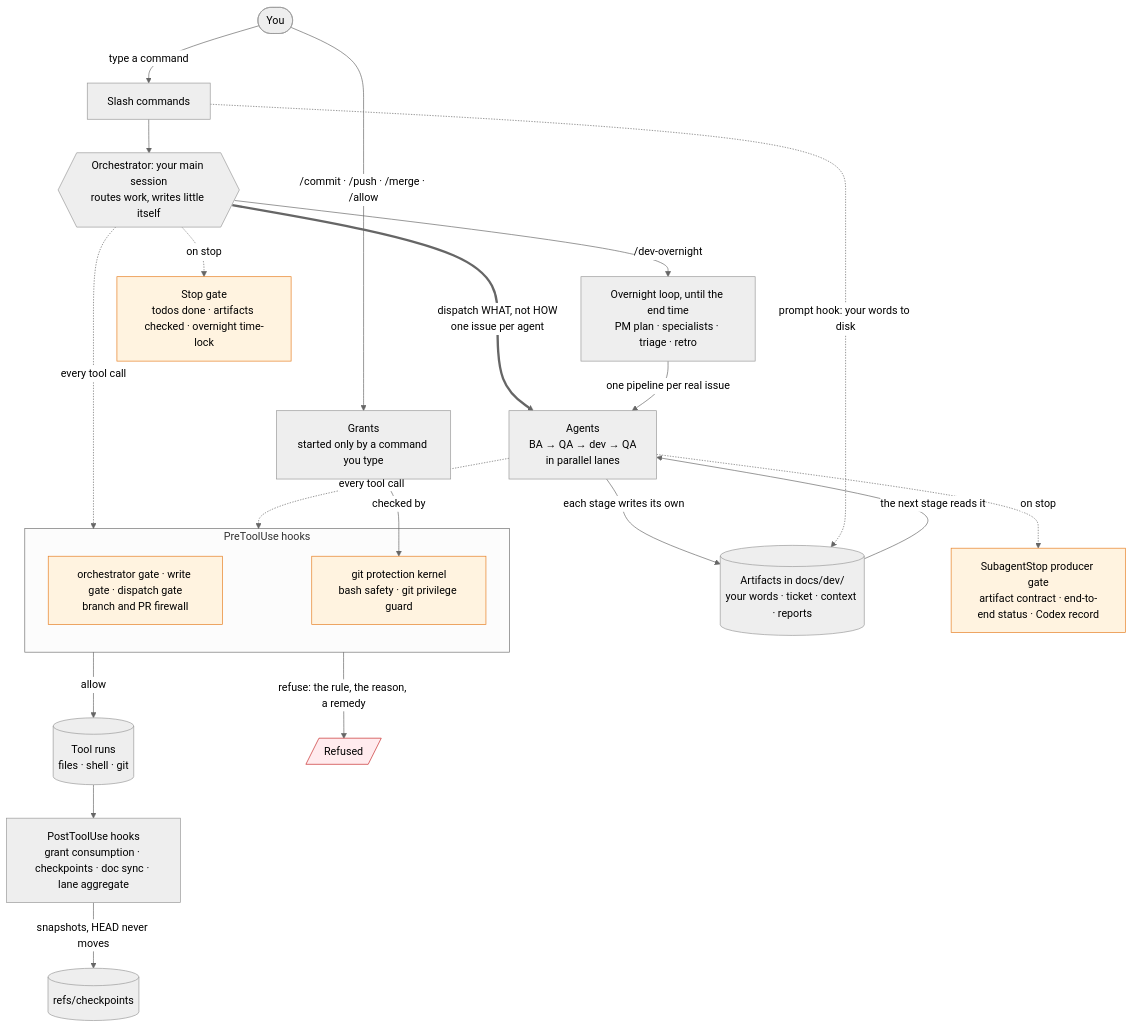
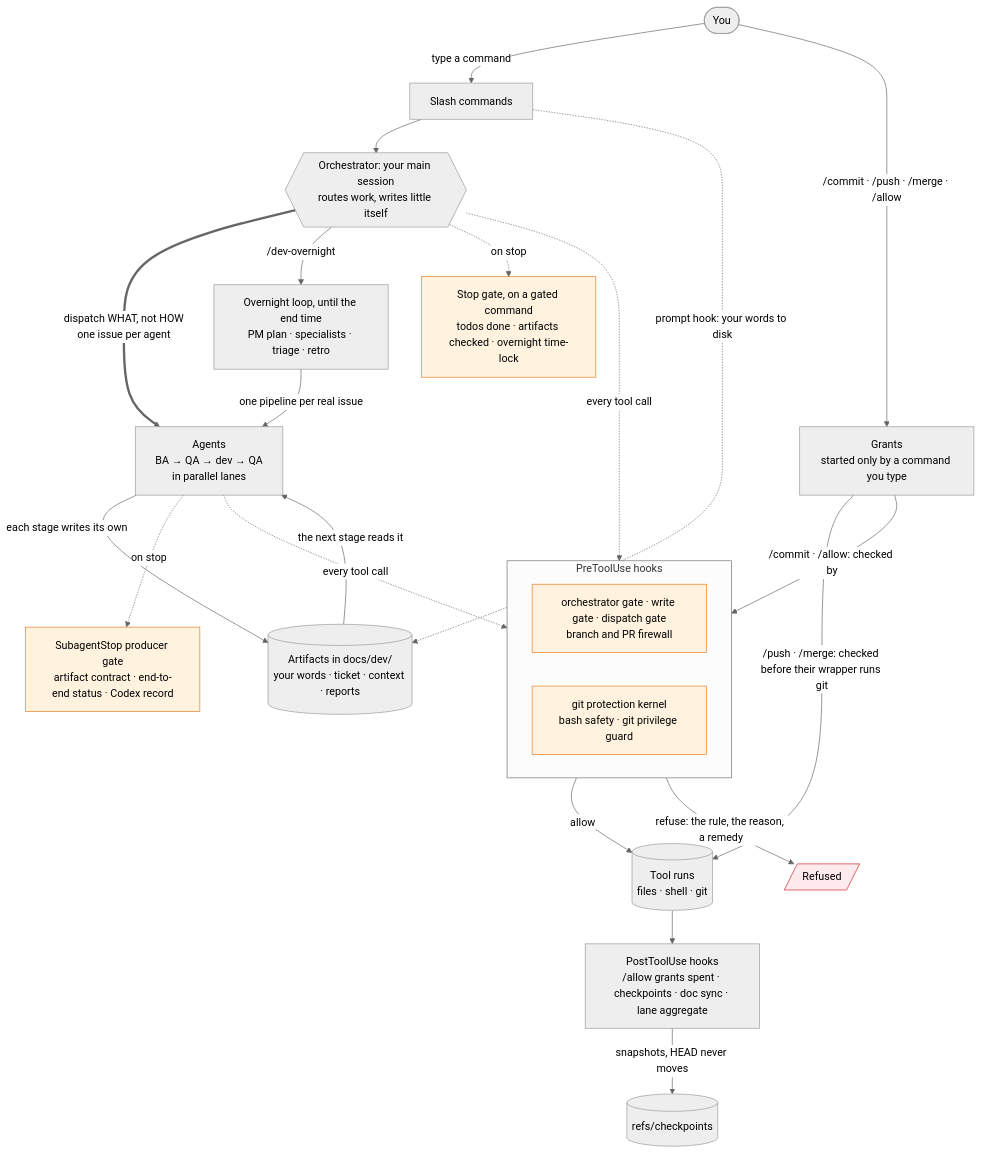
The second of 2 diagrams in README.md (Yugoge/awesome-claude-harness), drawn with Mermaid (neutral theme) before and after one commit. The commit also changed other lines of this file and 4 other files, not shown here.

````diff
--- a/README.md
+++ b/README.md
@@ -114,32 +168,33 @@
 ```mermaid
 graph TD
     U([You]) -->|type a command| CMD[Slash commands]
     U -->|"/commit · /push · /merge · /allow"| G["Grants<br/>started only by a command you type"]
     CMD --> ORC{{"Orchestrator: your main session<br/>routes work, writes little itself"}}
     ORC ==>|"dispatch WHAT, not HOW<br/>one issue per agent"| SUB["Agents<br/>BA → QA → dev → QA<br/>in parallel lanes"]
     ORC -->|"/dev-overnight"| OVN["Overnight loop, until the end time<br/>PM plan · specialists · triage · retro"]
     OVN -->|"one pipeline per real issue"| SUB
     SUB -->|"each stage writes its own"| ART[("Artifacts in docs/dev/<br/>your words · ticket · context · reports")]
     ART -->|"the next stage reads it"| SUB
     CMD -.->|"prompt hook: your words to disk"| ART
 
     subgraph PRE["PreToolUse hooks"]
         GATES["orchestrator gate · write gate · dispatch gate<br/>branch and PR firewall"]
         KER["git protection kernel<br/>bash safety · git privilege guard"]
     end
     ORC -.->|every tool call| PRE
     SUB -.->|every tool call| PRE
-    G -->|checked by| KER
+    G -->|"/commit · /allow: checked by"| PRE
+    G -->|"/push · /merge: checked before their wrapper runs git"| TOOL
     PRE -->|allow| TOOL[("Tool runs<br/>files · shell · git")]
     PRE -->|"refuse: the rule, the reason, a remedy"| BLK[/Refused/]
-    TOOL --> POST["PostToolUse hooks<br/>grant consumption · checkpoints · doc sync · lane aggregate"]
+    TOOL --> POST["PostToolUse hooks<br/>/allow grants spent · checkpoints · doc sync · lane aggregate"]
     POST -->|"snapshots, HEAD never moves"| CK[("refs/checkpoints")]
 
     SUB -.->|on stop| SS["SubagentStop producer gate<br/>artifact contract · end-to-end status · Codex record"]
-    ORC -.->|on stop| SG["Stop gate<br/>todos done · artifacts checked · overnight time-lock"]
+    ORC -.->|on stop| SG["Stop gate, on a gated command<br/>todos done · artifacts checked · overnight time-lock"]
 
     classDef restricted fill:#ffebee,stroke:#c62828
     classDef gate fill:#fff3e0,stroke:#e67e22
     class BLK restricted
     class GATES,KER,SS,SG gate
 ```
````
